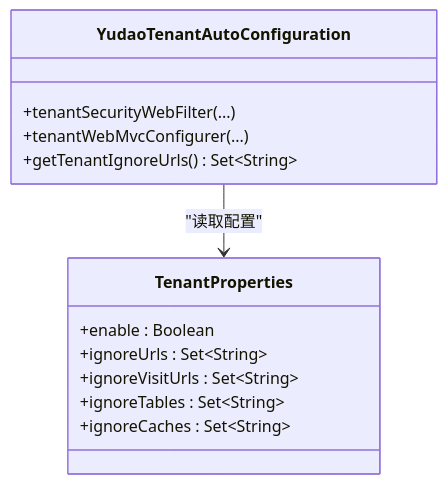
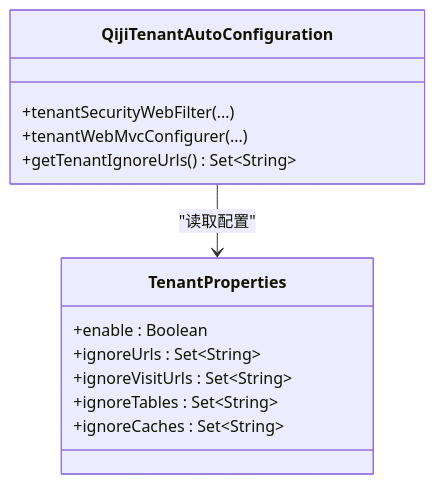
The fifth of 8 diagrams in backend/.qoder/repowiki/zh/content/安全与权限/多租户安全.md (zhuangpengLI/AgenticCPS), drawn with Mermaid before and after one commit. The commit also changed other lines of this file and 3489 other files, not shown here.

````diff
--- a/backend/.qoder/repowiki/zh/content/安全与权限/多租户安全.md
+++ b/backend/.qoder/repowiki/zh/content/安全与权限/多租户安全.md
@@ -228,16 +228,16 @@
 ```mermaid
 classDiagram
 class TenantProperties {
 +enable : Boolean
 +ignoreUrls : Set~String~
 +ignoreVisitUrls : Set~String~
 +ignoreTables : Set~String~
 +ignoreCaches : Set~String~
 }
-class YudaoTenantAutoConfiguration {
+class QijiTenantAutoConfiguration {
 +tenantSecurityWebFilter(...)
 +tenantWebMvcConfigurer(...)
 +getTenantIgnoreUrls() Set~String~
 }
-YudaoTenantAutoConfiguration --> TenantProperties : "读取配置"
+QijiTenantAutoConfiguration --> TenantProperties : "读取配置"
 ```
````
